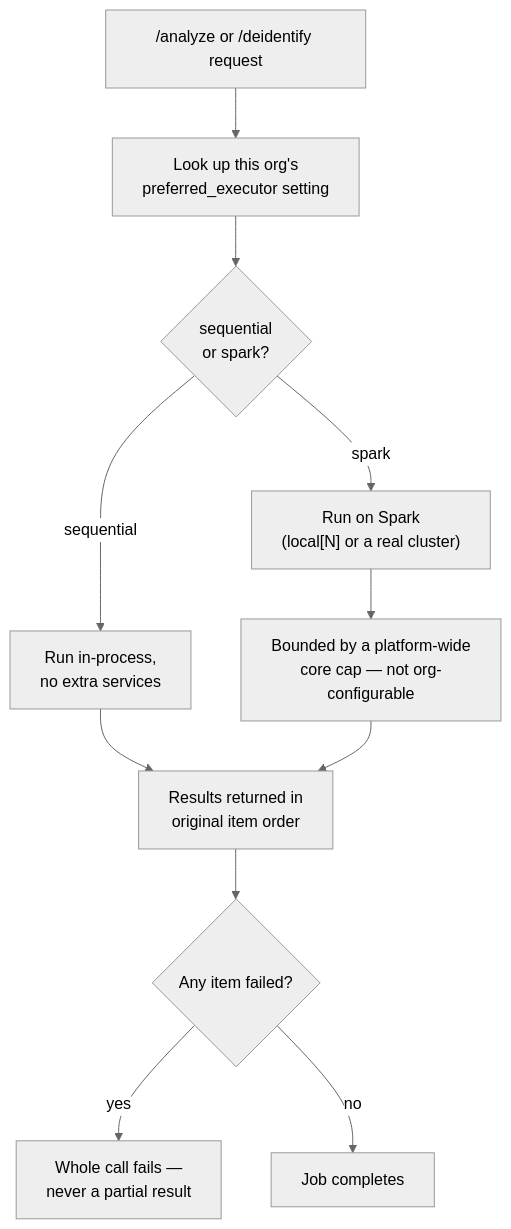
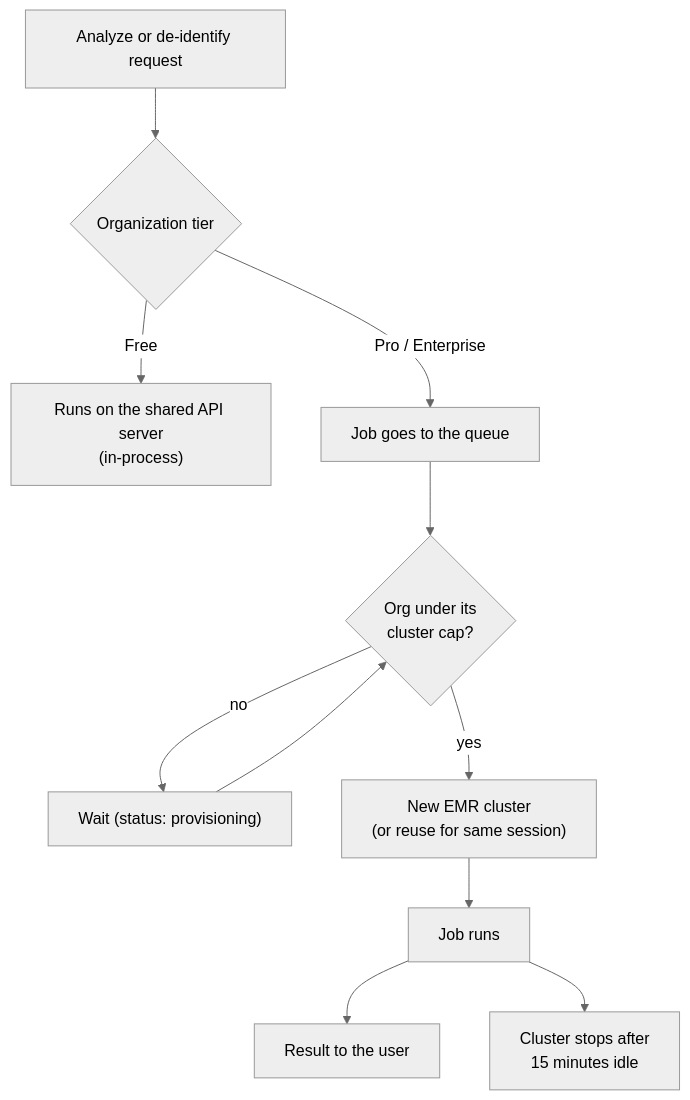
Before and after one commit to DataShield-sp18/data-shield-docs: the first of 2 diagrams in docs/features/distributed-execution.md, drawn with Mermaid (neutral theme). The commit also changed other lines of this file and 8 other files, not shown here.

````diff
--- a/docs/features/distributed-execution.md
+++ b/docs/features/distributed-execution.md
@@ -13,13 +5,13 @@
 ```mermaid
 flowchart TD
-    A["/analyze or /deidentify request"] --> B["Look up this org's<br/>preferred_executor setting"]
-    B --> C{"sequential<br/>or spark?"}
-    C -- sequential --> D["Run in-process,<br/>no extra services"]
-    C -- spark --> E["Run on Spark<br/>(local[N] or a real cluster)"]
-    E --> F["Bounded by a platform-wide<br/>core cap — not org-configurable"]
-    D --> G["Results returned in<br/>original item order"]
-    F --> G
-    G --> H{"Any item failed?"}
-    H -- yes --> I["Whole call fails —<br/>never a partial result"]
-    H -- no --> J["Job completes"]
+    A["Analyze or de-identify request"] --> T{"Organization tier"}
+    T -- Free --> I["Runs on the shared API server<br/>(in-process)"]
+    T -- "Pro / Enterprise" --> Q["Job goes to the queue"]
+    Q --> C{"Org under its<br/>cluster cap?"}
+    C -- no --> W["Wait (status: provisioning)"]
+    W --> C
+    C -- yes --> E["New EMR cluster<br/>(or reuse for same session)"]
+    E --> R["Job runs"]
+    R --> D["Result to the user"]
+    R --> X["Cluster stops after<br/>15 minutes idle"]
 ```
````
